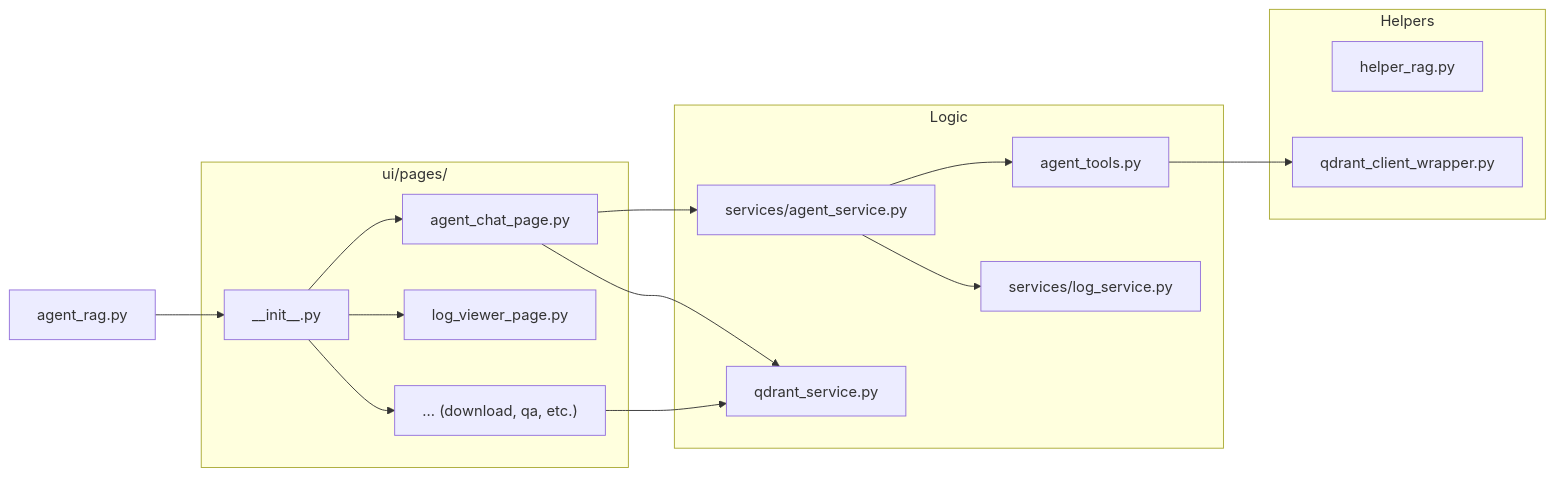
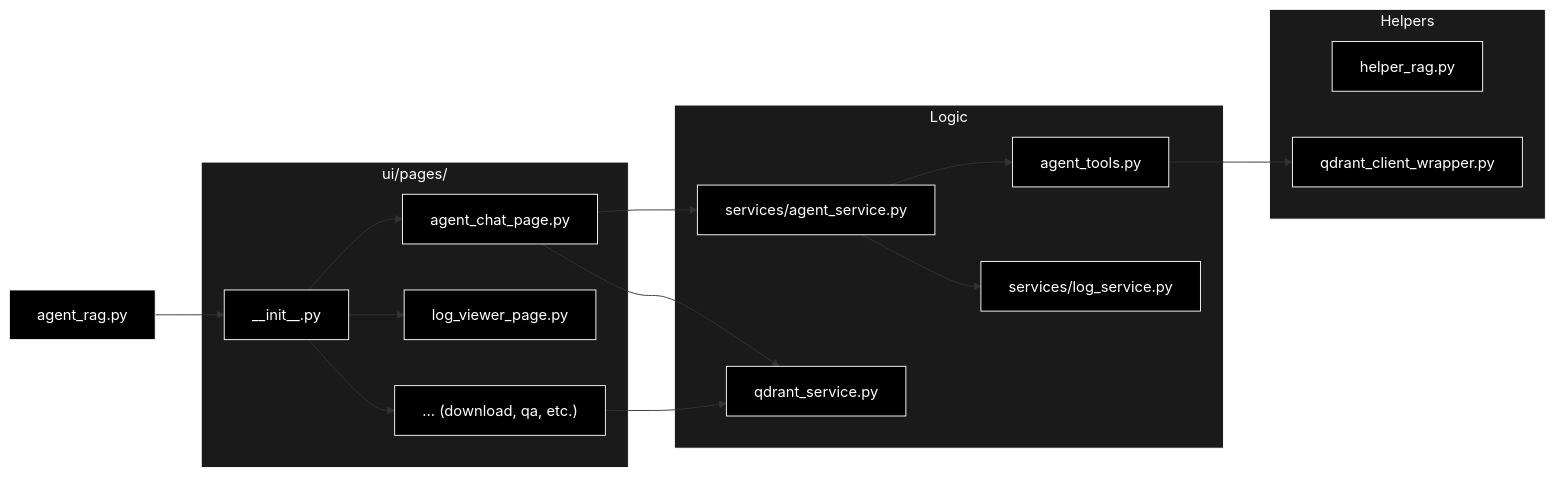
Before and after one commit to nakashima2toshio/anthropic_grace_agent: the second of 10 diagrams in readme_react_reflection.md, drawn with Mermaid. The commit also changed other lines of this file and 11 other files, not shown here.

````diff
--- a/readme_react_reflection.md
+++ b/readme_react_reflection.md
@@ -166,36 +169,42 @@
 ```mermaid
 graph LR
     Main["agent_rag.py"]
 
     subgraph UI_Pages ["ui/pages/"]
         InitUI["__init__.py"]
         AgentPage["agent_chat_page.py"]
         LogPage["log_viewer_page.py"]
         OtherPages["... (download, qa, etc.)"]
     end
 
     subgraph Logic_Layer ["Logic"]
         AgentSvc["services/agent_service.py"]
         Tools["agent_tools.py"]
         QS["qdrant_service.py"]
         LogSvc["services/log_service.py"]
     end
 
     subgraph Helper_Layer ["Helpers"]
         HelperRag["helper_rag.py"]
         QdrantWrapper["qdrant_client_wrapper.py"]
     end
 
     Main --> InitUI
     InitUI --> AgentPage
     InitUI --> LogPage
     InitUI --> OtherPages
 
     AgentPage --> AgentSvc
     AgentSvc --> Tools
     AgentSvc --> LogSvc
     AgentPage --> QS
     Tools --> QdrantWrapper
 
     OtherPages --> QS
+classDef default fill:#000,stroke:#fff,color:#fff
+classDef subgraphStyle fill:#1a1a1a,stroke:#fff,color:#fff
+class AgentPage,AgentSvc,HelperRag,InitUI,LogPage,LogSvc,Main,OtherPages,QS,QdrantWrapper,Tools default
+style UI_Pages fill:#1a1a1a,stroke:#fff,color:#fff
+style Logic_Layer fill:#1a1a1a,stroke:#fff,color:#fff
+style Helper_Layer fill:#1a1a1a,stroke:#fff,color:#fff
 ```
````
